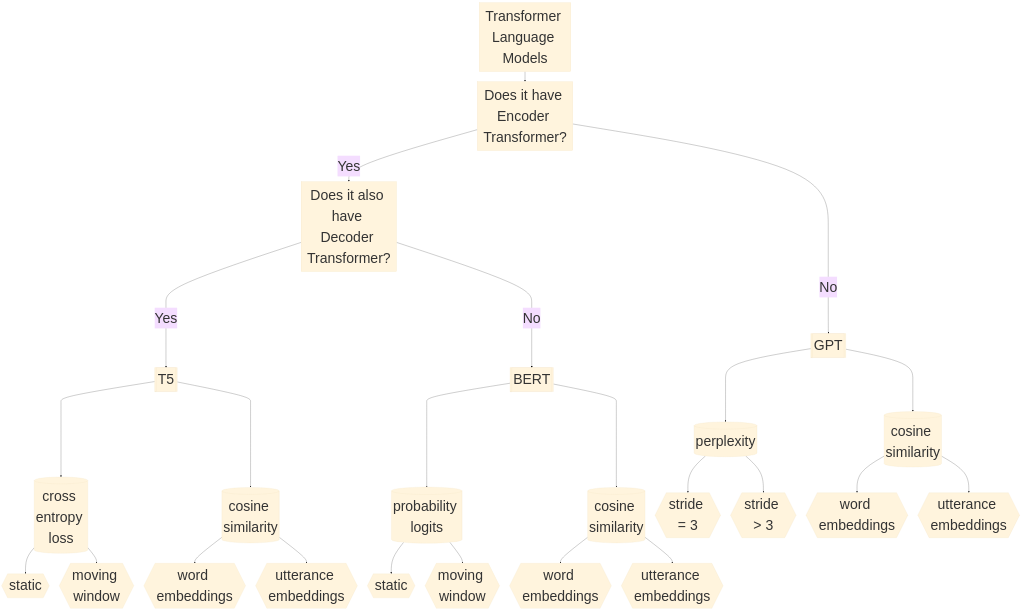
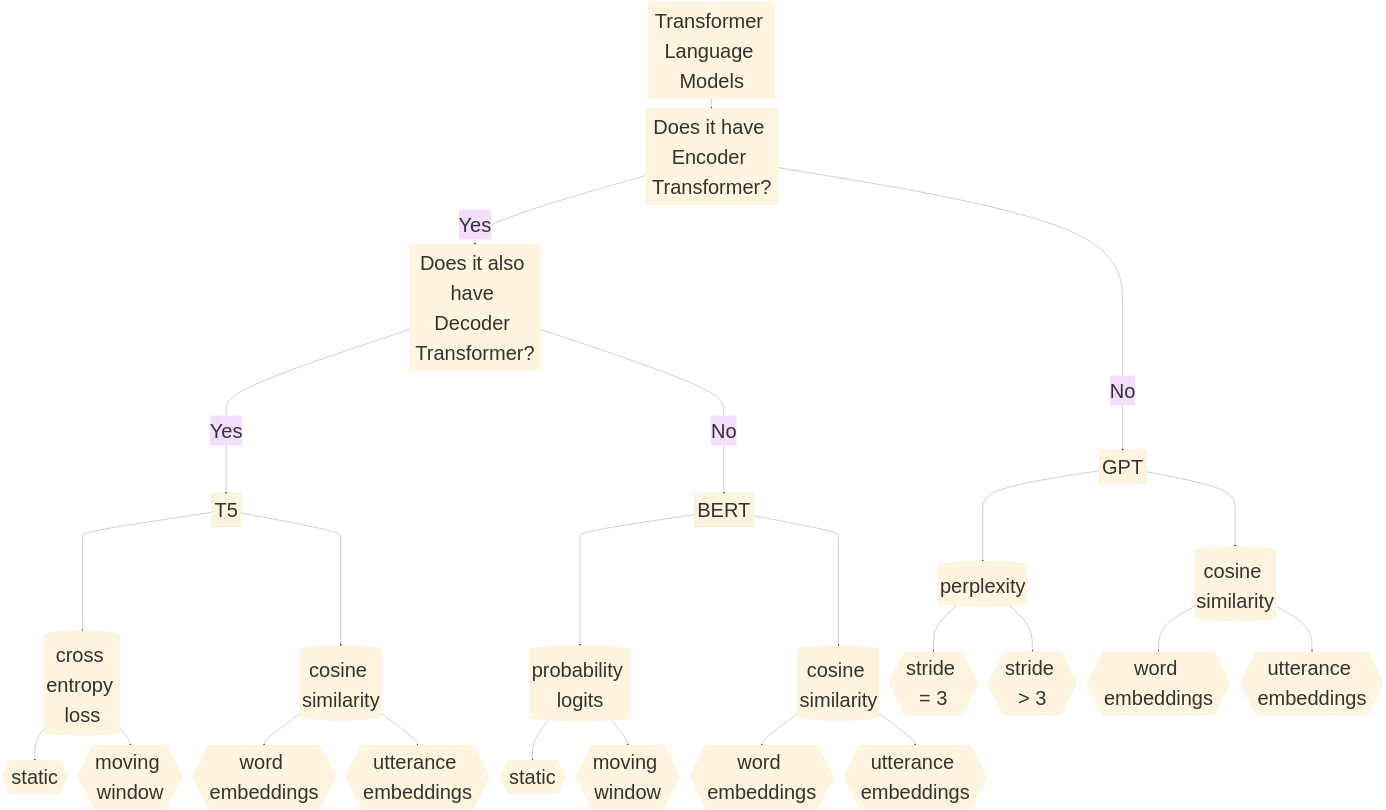
Before and after one commit to yancong222/SSD-LM-STanglab: the diagram in README.md, drawn with Mermaid.

````diff
--- a/README.md
+++ b/README.md
@@ -4,30 +4,30 @@
 ```mermaid
-%%{init: {'theme': 'base', 'themeVariables': { 'fontSize': '70px'}}}%%
+%%{init: {'theme': 'base', 'themeVariables': { 'fontSize': '100px'}}}%%
 flowchart TD
     A[Transformer Language Models] --> B[Does it have Encoder Transformer?]
     B -- Yes --> C[Does it also have Decoder Transformer?]
     C -- Yes ----> D[[T5]] ----> G[(cross entropy loss)]
     G --> J{{static}}
     G --> K{{moving window}}
     D ----> P[(cosine similarity)]
     P --> Q{{word embeddings}}
     P --> R{{utterance embeddings}}
     C -- No ----> E[[BERT]] ----> H[(probability logits)]
     H --> L{{static}}
     H --> M{{moving window}}
     E ----> S[(cosine similarity)]
     S --> T{{word embeddings}}
     S --> U{{utterance embeddings}}
     B -- No ----> F[[GPT]] ----> I[(perplexity)]
     I --> N{{stride = 3}}
     I --> O{{stride > 3}}
     F ----> V[(cosine similarity)]
     V --> W{{word embeddings}}
     V --> X{{utterance embeddings}}
     click A "https://github.com/yancong222/scriptscz/blob/main/perplexity/ed_perplexity.py" _blank
     click B "http://www.github.com" "Open this in a new tab" _blank
     click C href "http://www.github.com" _blank
     click D href "http://www.github.com" "Open this in a new tab" _blank
     
 classDef className fill:#f9f,stroke:#333,stroke-width:4px
 ```
````
